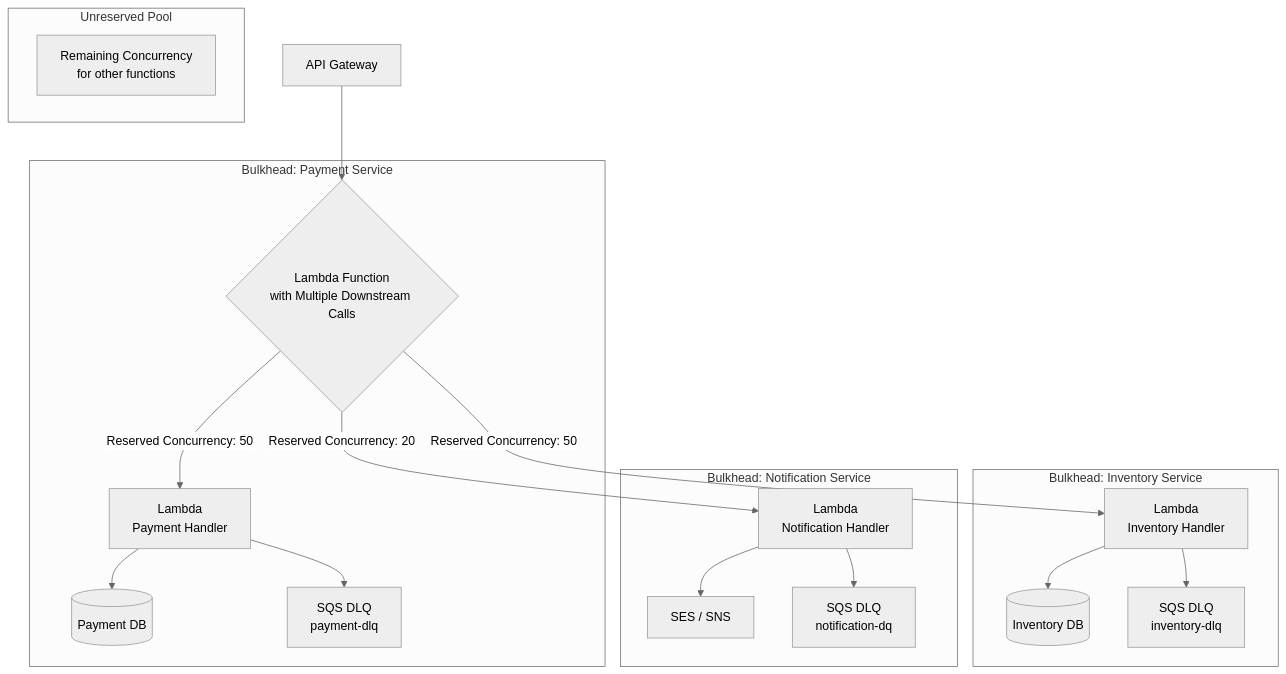
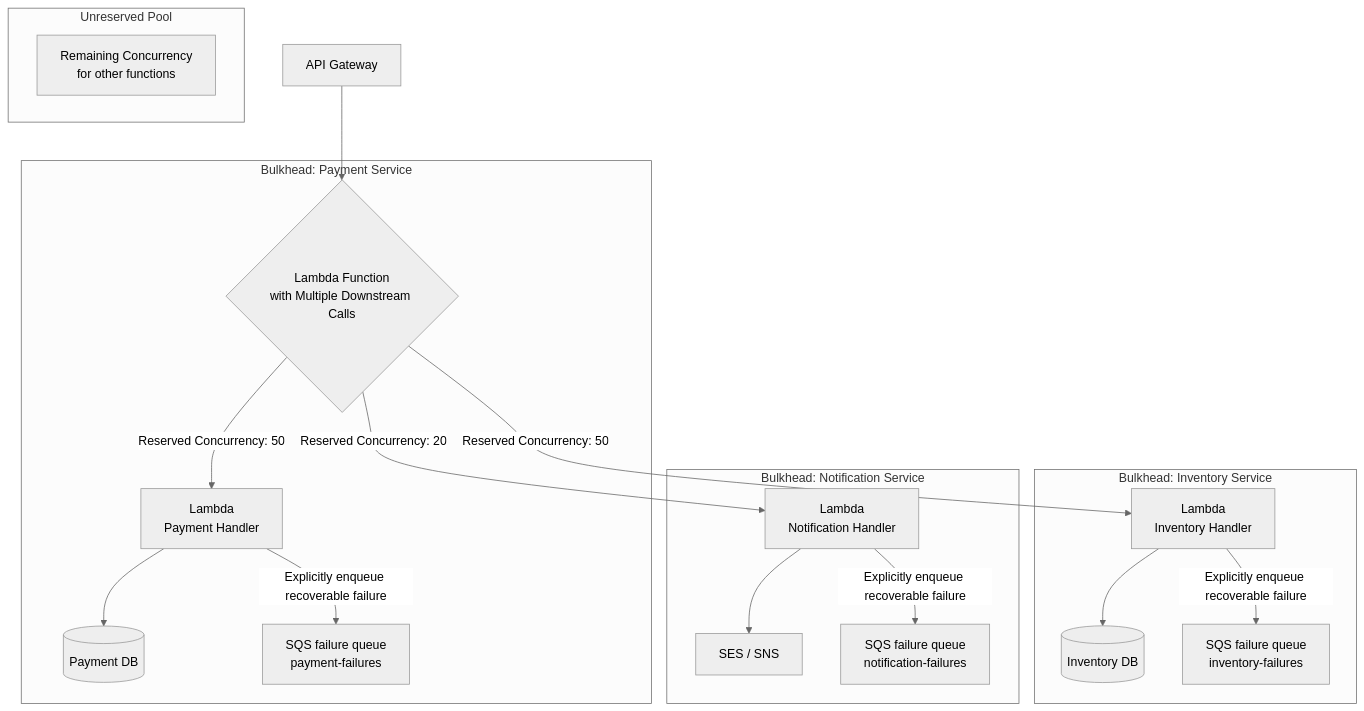
One commit to AlexanderBesss/AWS_best_praactices changed the fifth of 7 diagrams in Design/03-error-handling-patterns.md. Above: the diagram before and after it, drawn with Mermaid (neutral theme). The commit also changed other lines of this file and 31 other files, not shown here.

````diff
--- a/Design/03-error-handling-patterns.md
+++ b/Design/03-error-handling-patterns.md
@@ -302,26 +304,26 @@
 ```mermaid
 graph TB
     A[API Gateway] --> B{Lambda Function<br/>with Multiple Downstream Calls}
     
     subgraph "Bulkhead: Payment Service"
         B -->|Reserved Concurrency: 50| C1[Lambda<br/>Payment Handler]
         C1 --> C2[(Payment DB)]
-        C1 --> C3[SQS DLQ<br/>payment-dlq]
+        C1 -->|Explicitly enqueue recoverable failure| C3[SQS failure queue<br/>payment-failures]
     end
     
     subgraph "Bulkhead: Inventory Service"
         B -->|Reserved Concurrency: 50| D1[Lambda<br/>Inventory Handler]
         D1 --> D2[(Inventory DB)]
-        D1 --> D3[SQS DLQ<br/>inventory-dlq]
+        D1 -->|Explicitly enqueue recoverable failure| D3[SQS failure queue<br/>inventory-failures]
     end
     
     subgraph "Bulkhead: Notification Service"
         B -->|Reserved Concurrency: 20| E1[Lambda<br/>Notification Handler]
         E1 --> E2[SES / SNS]
-        E1 --> E3[SQS DLQ<br/>notification-dq]
+        E1 -->|Explicitly enqueue recoverable failure| E3[SQS failure queue<br/>notification-failures]
     end
     
     subgraph "Unreserved Pool"
         F[Remaining Concurrency<br/>for other functions]
     end
 ```
````
